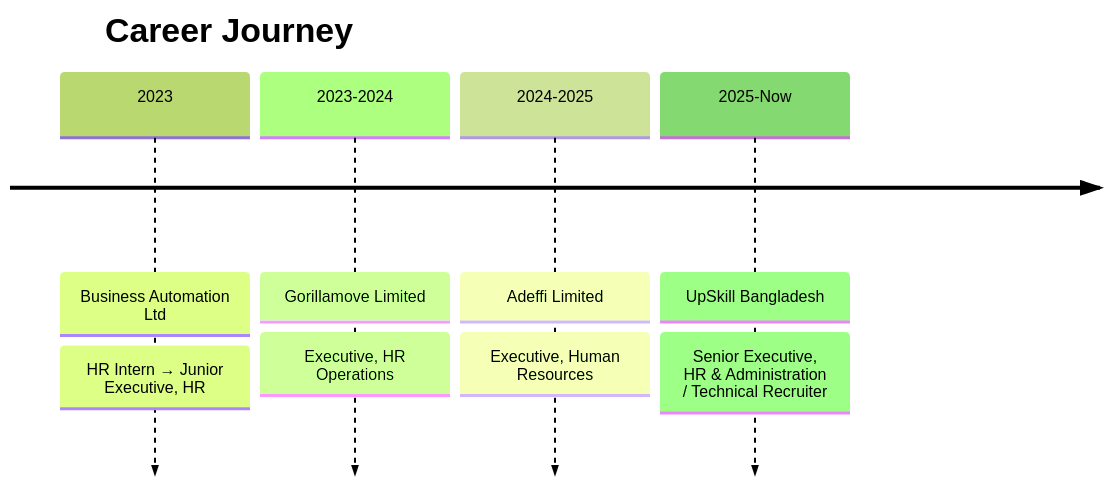
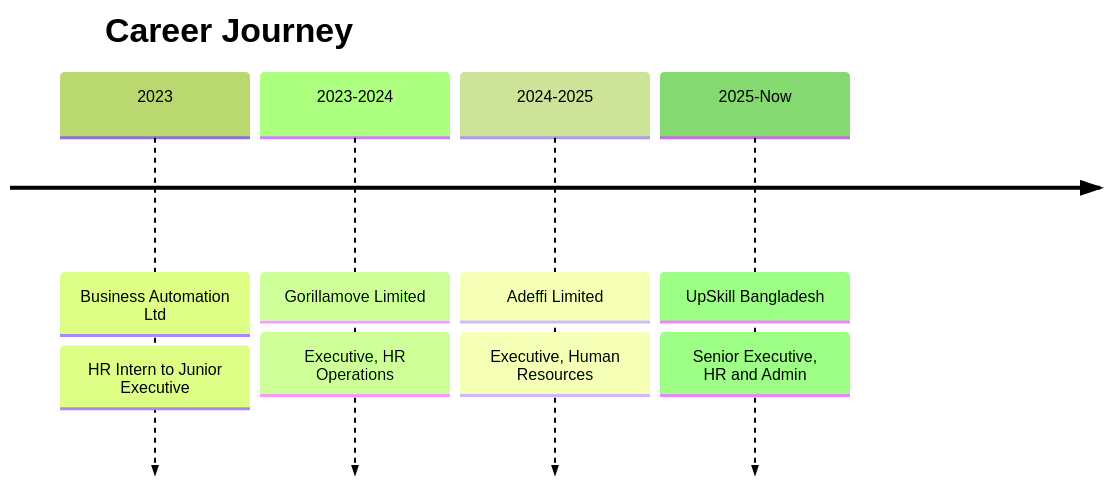
One commit to ZahiD-UniX/ZahiD-UniX changed the second of 2 diagrams in README.md. Above: the diagram before and after it, drawn with Mermaid (forest theme). The commit also changed other lines of this file, not shown here.

````diff
--- a/README.md
+++ b/README.md
@@ -169,8 +73,9 @@
 ```mermaid
 timeline
     title Career Journey
-    2023 : Business Automation Ltd : HR Intern → Junior Executive, HR
+    2023 : Business Automation Ltd : HR Intern to Junior Executive
     2023-2024 : Gorillamove Limited : Executive, HR Operations
     2024-2025 : Adeffi Limited : Executive, Human Resources
-    2025-Now : UpSkill Bangladesh : Senior Executive, HR & Administration / Technical Recruiter
+    2025-Now : UpSkill Bangladesh : Senior Executive, HR and Admin
+  
 ```
````
